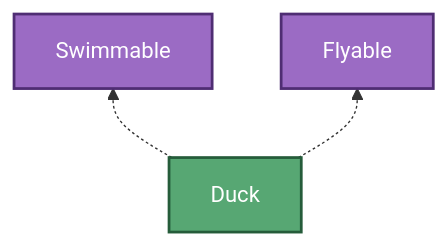
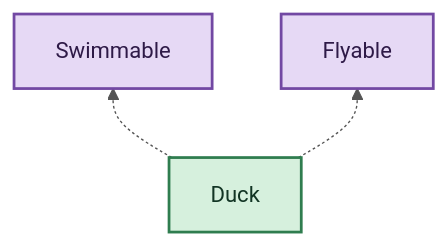
One commit to Analyst-Ninja/courses changed the fifth of 5 diagrams in LearnJava/src/oops/README.md. Above: the diagram before and after it, drawn with Mermaid. The commit also changed other lines of this file, not shown here.

Commit message:
Change the background to light for mermaid diagrams

````diff
--- a/LearnJava/src/oops/README.md
+++ b/LearnJava/src/oops/README.md
@@ -74,9 +78,10 @@
      ```mermaid
+     %%{init: {'theme':'base','themeVariables':{'background':'#ffffff','primaryColor':'#ffffff','primaryTextColor':'#111111','lineColor':'#555555','textColor':'#111111'}}}%%
      graph BT
        Duck -.-> Swimmable
        Duck -.-> Flyable
-       classDef child fill:#57a773,stroke:#255c3a,stroke-width:2px,color:#fff
-       classDef iface fill:#9b6bc4,stroke:#4f2d73,stroke-width:2px,color:#fff
+       classDef child fill:#d6f0dd,stroke:#2f7d4f,stroke-width:2px,color:#123524
+       classDef iface fill:#e6d9f5,stroke:#7248a3,stroke-width:2px,color:#2e1a47
        class Swimmable,Flyable iface
        class Duck child
      ```
````
